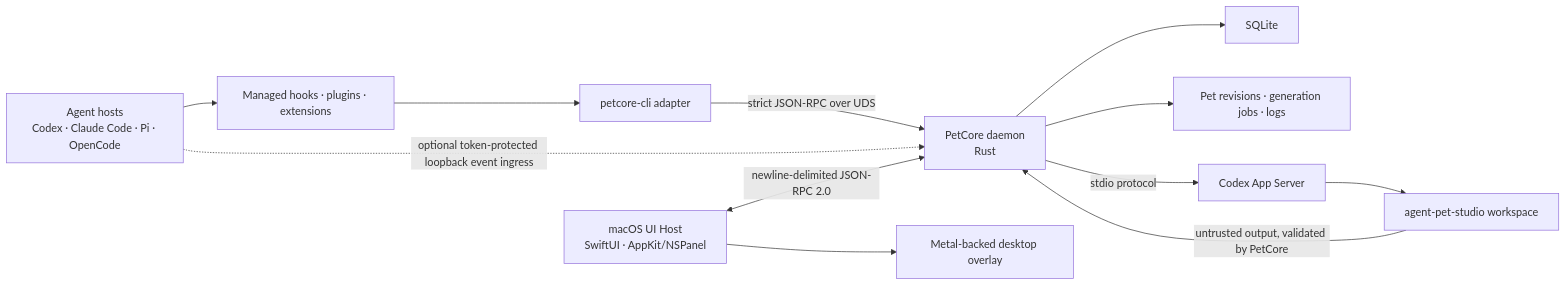
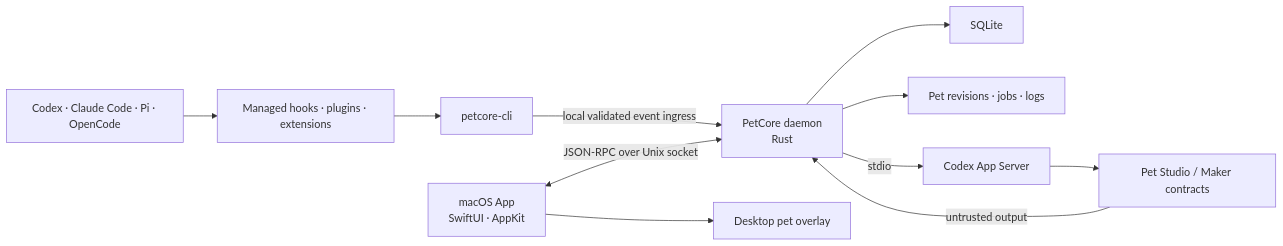
Before and after one commit to xjxtree/agent-pet-companion: the first of 2 diagrams in docs/architecture/overview.md, drawn with Mermaid. The commit also changed other lines of this file and 91 other files, not shown here.

Commit message:
feat: refine desktop sessions and pet production

````diff
--- a/docs/architecture/overview.md
+++ b/docs/architecture/overview.md
@@ -7,14 +7,13 @@
 ```mermaid
 flowchart LR
-    Hosts["Agent hosts<br/>Codex · Claude Code · Pi · OpenCode"] --> Adapter["Managed hooks · plugins · extensions"]
-    Adapter --> CLI["petcore-cli adapter"]
-    CLI -->|"strict JSON-RPC over UDS"| Core["PetCore daemon<br/>Rust"]
-    Hosts -.->|"optional token-protected loopback event ingress"| Core
-    App["macOS UI Host<br/>SwiftUI · AppKit/NSPanel"] <-->|"newline-delimited JSON-RPC 2.0"| Core
-    App --> Overlay["Metal-backed desktop overlay"]
+    Hosts["Codex · Claude Code · Pi · OpenCode"] --> Adapters["Managed hooks · plugins · extensions"]
+    Adapters --> CLI["petcore-cli"]
+    CLI -->|"local validated event ingress"| Core["PetCore daemon<br/>Rust"]
+    App["macOS App<br/>SwiftUI · AppKit"] <-->|"JSON-RPC over Unix socket"| Core
+    App --> Overlay["Desktop pet overlay"]
     Core --> DB["SQLite"]
-    Core --> Files["Pet revisions · generation jobs · logs"]
-    Core -->|"stdio protocol"| Server["Codex App Server"]
-    Server --> Studio["agent-pet-studio workspace"]
-    Studio -->|"untrusted output, validated by PetCore"| Core
+    Core --> Files["Pet revisions · jobs · logs"]
+    Core -->|"stdio"| Server["Codex App Server"]
+    Server --> Skills["Pet Studio / Maker contracts"]
+    Skills -->|"untrusted output"| Core
 ```
````
